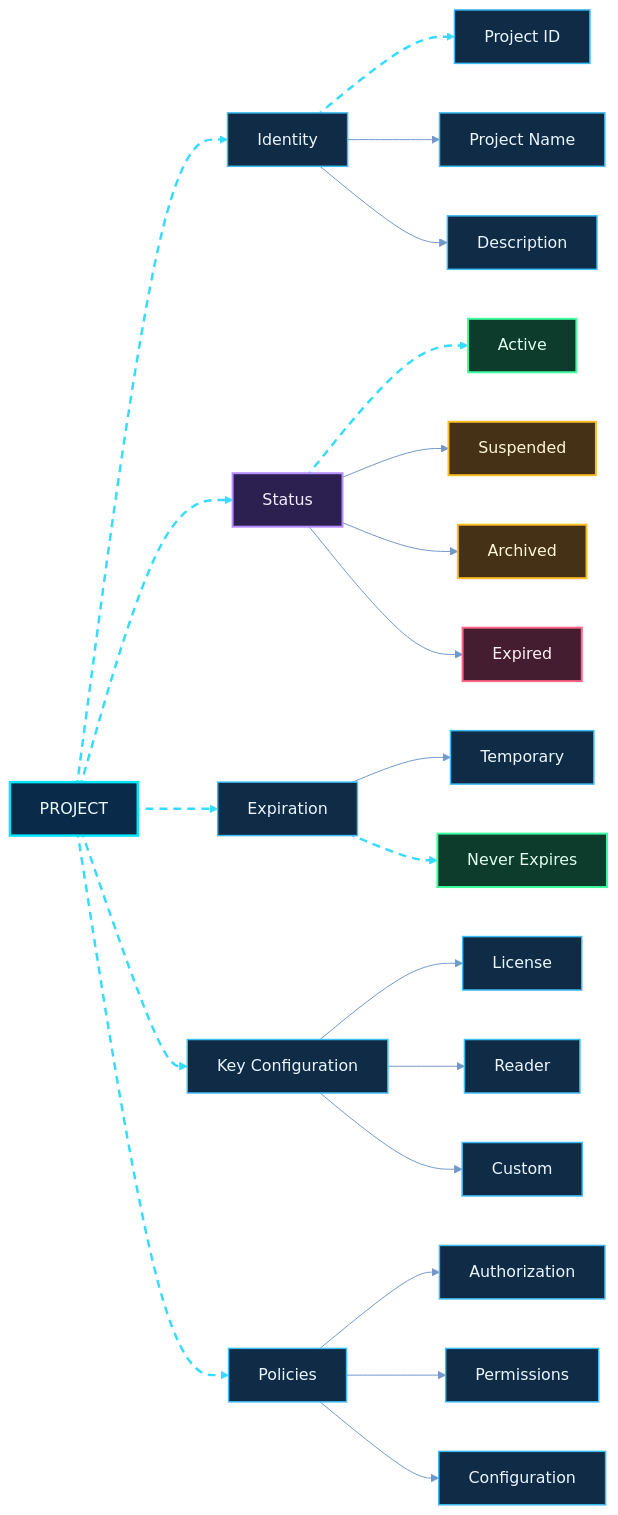
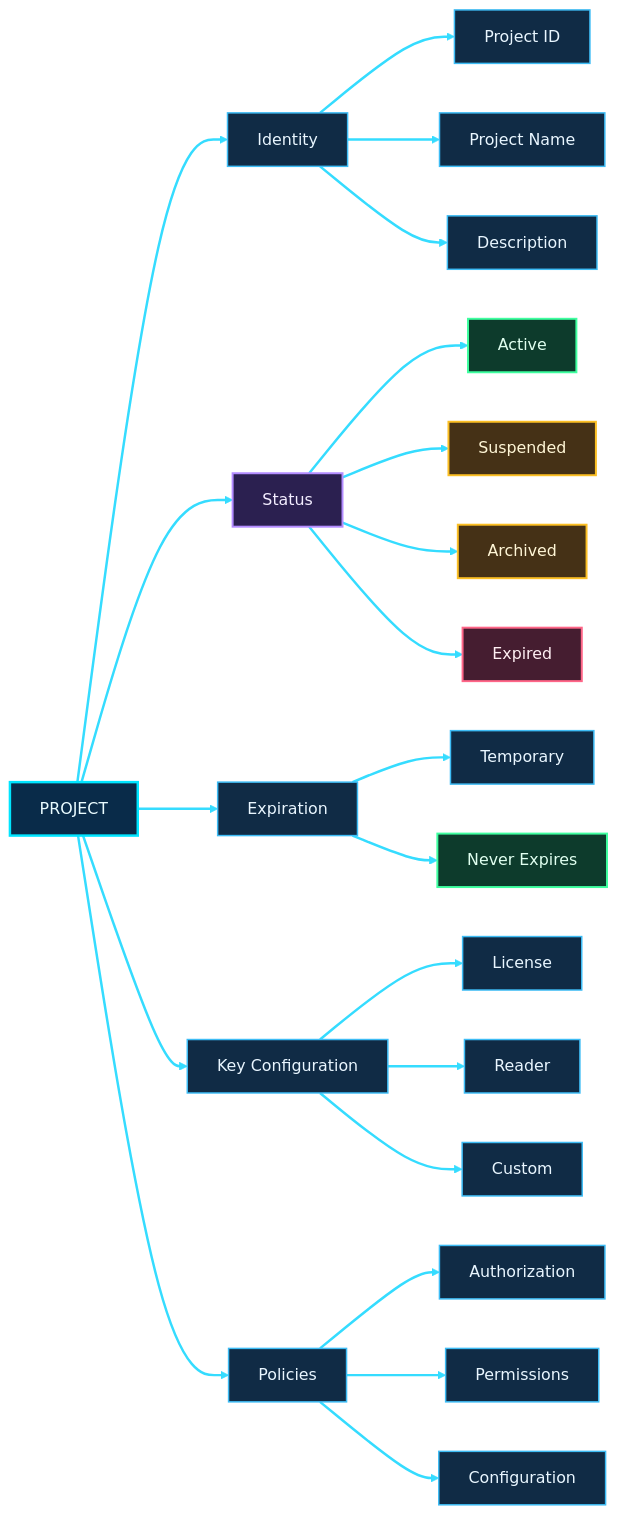
Before and after one commit to shajeduzzamanenan992008inc/NexOra-Database-key-Gen: the sixth of 23 diagrams in README.md, drawn with Mermaid. The commit also changed other lines of this file, not shown here.

````diff
--- a/README.md
+++ b/README.md
@@ -694,50 +689,49 @@
 ```mermaid
 %%{init: {"theme":"base","themeVariables":{"darkMode":true,"background":"#07111f","primaryColor":"#102744","primaryTextColor":"#e8f7ff","primaryBorderColor":"#00d9ff","lineColor":"#7297c8","secondaryColor":"#261d45","secondaryTextColor":"#f3eaff","secondaryBorderColor":"#a78bfa","tertiaryColor":"#12332b","tertiaryTextColor":"#e0fff1","tertiaryBorderColor":"#41e6a2","fontFamily":"Inter, Segoe UI, sans-serif","edgeLabelBackground":"#101d34","mainBkg":"#102744","nodeBorder":"#00d9ff","clusterBkg":"#0b1930","clusterBorder":"#6f7dff","actorBkg":"#102744","actorBorder":"#00d9ff","actorTextColor":"#e8f7ff","signalColor":"#64d8ff","signalTextColor":"#e8f7ff","noteBkgColor":"#0e332b","noteBorderColor":"#41e6a2","noteTextColor":"#e0fff1"}}}%%
 flowchart LR
-    PJ["PROJECT"] nx06e01@--> ID["Identity"]
-    PJ nx06e02@--> ST["Status"]
-    PJ nx06e03@--> EX["Expiration"]
-    PJ nx06e04@--> KC["Key Configuration"]
-    PJ nx06e05@--> PO["Policies"]
+    PJ["PROJECT"] --> ID["Identity"]
+    PJ --> ST["Status"]
+    PJ --> EX["Expiration"]
+    PJ --> KC["Key Configuration"]
+    PJ --> PO["Policies"]
 
-    ID nx06e06@--> ID1["Project ID"]
+    ID --> ID1["Project ID"]
     ID --> ID2["Project Name"]
     ID --> ID3["Description"]
 
-    ST nx06e07@--> ST1["Active"]
+    ST --> ST1["Active"]
     ST --> ST2["Suspended"]
     ST --> ST3["Archived"]
     ST --> ST4["Expired"]
 
     EX --> EX1["Temporary"]
-    EX nx06e08@--> EX2["Never Expires"]
+    EX --> EX2["Never Expires"]
 
     KC --> KC1["License"]
     KC --> KC2["Reader"]
     KC --> KC3["Custom"]
 
     PO --> PO1["Authorization"]
     PO --> PO2["Permissions"]
     PO --> PO3["Configuration"]
 
-    %% OMEGA NEX-ORA visual classes
     %% OMEGA NEX-ORA / ULTRA NEON PALETTE
     classDef nxCore fill:#092b49,stroke:#00e5ff,stroke-width:2.5px,color:#e9fbff;
     classDef nxProcess fill:#102b45,stroke:#3dbcf5,stroke-width:1.5px,color:#e9f6ff;
     classDef nxDecision fill:#2b2050,stroke:#b38cff,stroke-width:2px,color:#f3edff;
     classDef nxSuccess fill:#0d3b2c,stroke:#3fffa0,stroke-width:2px,color:#e0fff0;
     classDef nxDanger fill:#451d30,stroke:#ff6688,stroke-width:2px,color:#fff0f3;
     classDef nxData fill:#12352d,stroke:#63e6be,stroke-width:2px,color:#e1fff5;
     classDef nxExternal fill:#2b2149,stroke:#c4a5ff,stroke-width:2px,color:#f3ecff;
     classDef nxInfo fill:#17253e,stroke:#91a7c9,stroke-width:1.5px,color:#e5efff;
     classDef nxWarning fill:#453116,stroke:#fbbf24,stroke-width:2px,color:#fff6d6;
-    %% Moving dashed route: Mermaid applies this class to explicitly identified edges.
-    classDef nxAnimated stroke:#35dcff,stroke-width:2.5px,stroke-dasharray:8\,6,stroke-dashoffset:1000,animation:dash 24s linear infinite;
     class PJ nxCore;
     class ID,EX,KC,PO,ID1,ID2,ID3,EX1,KC1,KC2,KC3,PO1,PO2,PO3 nxProcess;
     class ST nxDecision;
     class ST1,EX2 nxSuccess;
     class ST2,ST3 nxWarning;
     class ST4 nxDanger;
-    class nx06e01,nx06e02,nx06e03,nx06e04,nx06e05,nx06e06,nx06e07,nx06e08 nxAnimated;
+
+    %% Animated primary paths using Mermaid linkStyle (no edge-ID parser required)
+    linkStyle default stroke:#35dcff,stroke-width:2.5px,stroke-dasharray:8\,6,stroke-dashoffset:1000,animation:dash 24s linear infinite;
 ```
````
